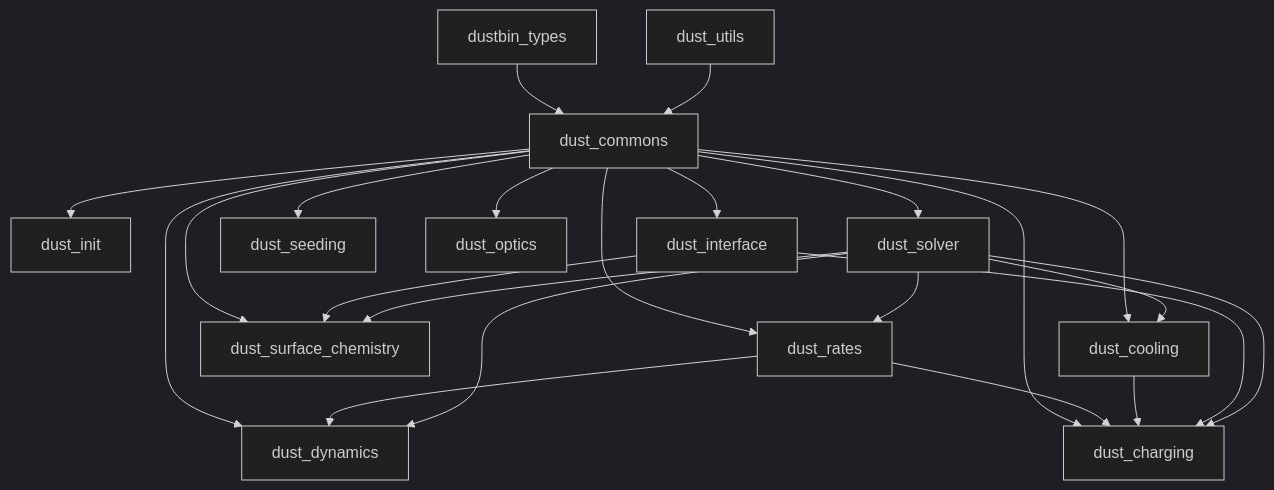
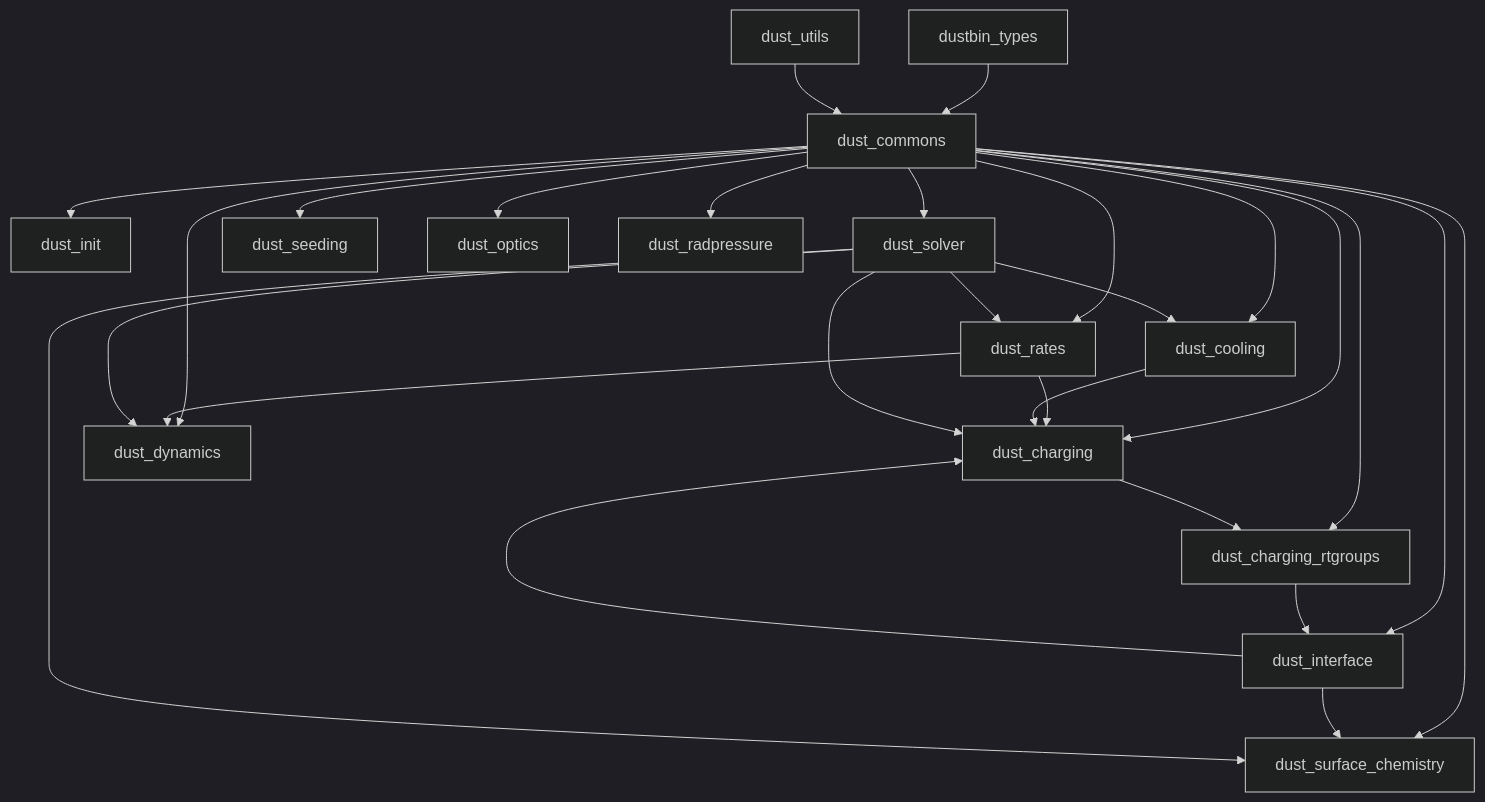
The diagram in src/pycalima/solvers/ramses_source/README.md (currodri/pyCALIMA), drawn with Mermaid (dark theme) before and after one commit. The commit also changed other lines of this file and 17 other files, not shown here.

````diff
--- a/src/pycalima/solvers/ramses_source/README.md
+++ b/src/pycalima/solvers/ramses_source/README.md
@@ -7,26 +8,30 @@
 ```mermaid
 graph TD
     dustbin_types --> dust_commons
     dust_utils --> dust_commons
     dust_commons --> dust_init
     dust_commons --> dust_rates
     dust_commons --> dust_charging
     dust_commons --> dust_surface_chemistry
     dust_commons --> dust_dynamics
     dust_commons --> dust_cooling
     dust_commons --> dust_interface
     dust_commons --> dust_solver
     dust_commons --> dust_seeding
     dust_commons --> dust_optics
+    dust_commons --> dust_charging_rtgroups
+    dust_commons --> dust_radpressure
+    dust_charging --> dust_charging_rtgroups
+    dust_charging_rtgroups --> dust_interface
 
     dust_rates --> dust_dynamics
     dust_rates --> dust_charging
     dust_cooling --> dust_charging
     dust_interface --> dust_charging
     dust_interface --> dust_surface_chemistry
     dust_solver --> dust_rates
     dust_solver --> dust_dynamics
     dust_solver --> dust_cooling
     dust_solver --> dust_charging
     dust_solver --> dust_surface_chemistry
 ```
````
